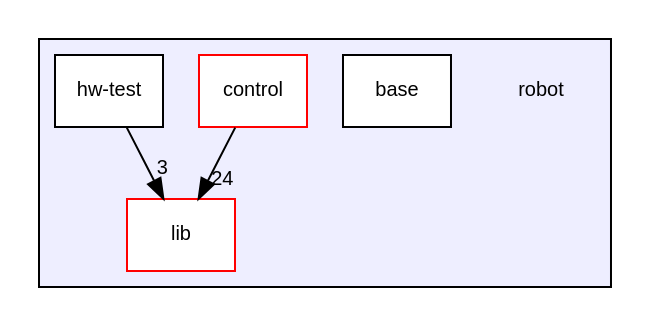
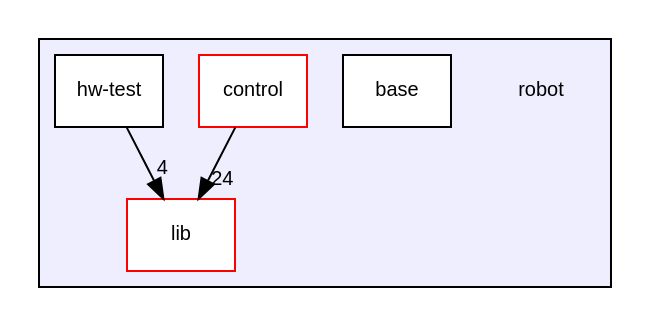
Before and after one commit to RoboJackets/robocup-firmware: the diagram in dir_ecf8ca46b2885291d59feefec80b5002_dep.dot, drawn with Graphviz. The commit also changed 690 other files, not shown here.

```diff
--- a/dir_ecf8ca46b2885291d59feefec80b5002_dep.dot
+++ b/dir_ecf8ca46b2885291d59feefec80b5002_dep.dot
@@ -1,15 +1,15 @@
 digraph "/home/developer/robocup-firmware/robot" {
   compound=true
   node [ fontsize="10", fontname="Helvetica"];
   edge [ labelfontsize="10", labelfontname="Helvetica"];
   subgraph clusterdir_ecf8ca46b2885291d59feefec80b5002 {
     graph [ bgcolor="#eeeeff", pencolor="black", label="" URL="dir_ecf8ca46b2885291d59feefec80b5002.html"];
     dir_ecf8ca46b2885291d59feefec80b5002 [shape=plaintext label="robot"];
     dir_f442fa39ec1e1b74397ba101a2b5f5fb [shape=box label="base" color="black" fillcolor="white" style="filled" URL="dir_f442fa39ec1e1b74397ba101a2b5f5fb.html"];
     dir_7529ff68e4b4e38733d6d92fd59bd4e6 [shape=box label="control" color="red" fillcolor="white" style="filled" URL="dir_7529ff68e4b4e38733d6d92fd59bd4e6.html"];
     dir_49f87ed19c3d3d3ead7cbd6862345fe8 [shape=box label="hw-test" color="black" fillcolor="white" style="filled" URL="dir_49f87ed19c3d3d3ead7cbd6862345fe8.html"];
     dir_bce75092e74c8e5afefc19c24a06f395 [shape=box label="lib" color="red" fillcolor="white" style="filled" URL="dir_bce75092e74c8e5afefc19c24a06f395.html"];
   }
   dir_7529ff68e4b4e38733d6d92fd59bd4e6->dir_bce75092e74c8e5afefc19c24a06f395 [headlabel="24", labeldistance=1.5 headhref="dir_000003_000013.html"];
-  dir_49f87ed19c3d3d3ead7cbd6862345fe8->dir_bce75092e74c8e5afefc19c24a06f395 [headlabel="3", labeldistance=1.5 headhref="dir_000012_000013.html"];
+  dir_49f87ed19c3d3d3ead7cbd6862345fe8->dir_bce75092e74c8e5afefc19c24a06f395 [headlabel="4", labeldistance=1.5 headhref="dir_000012_000013.html"];
 }
```
